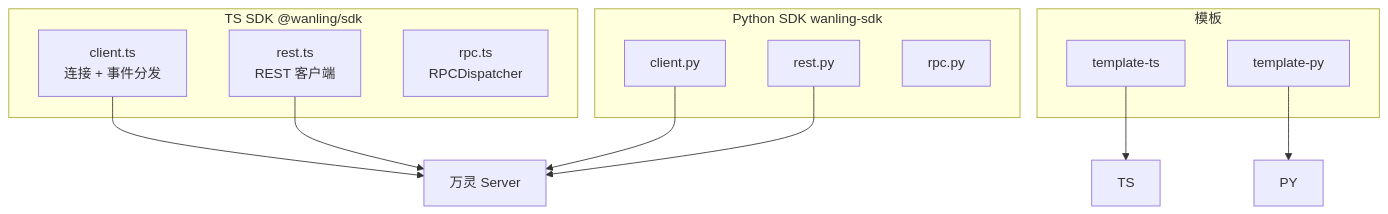
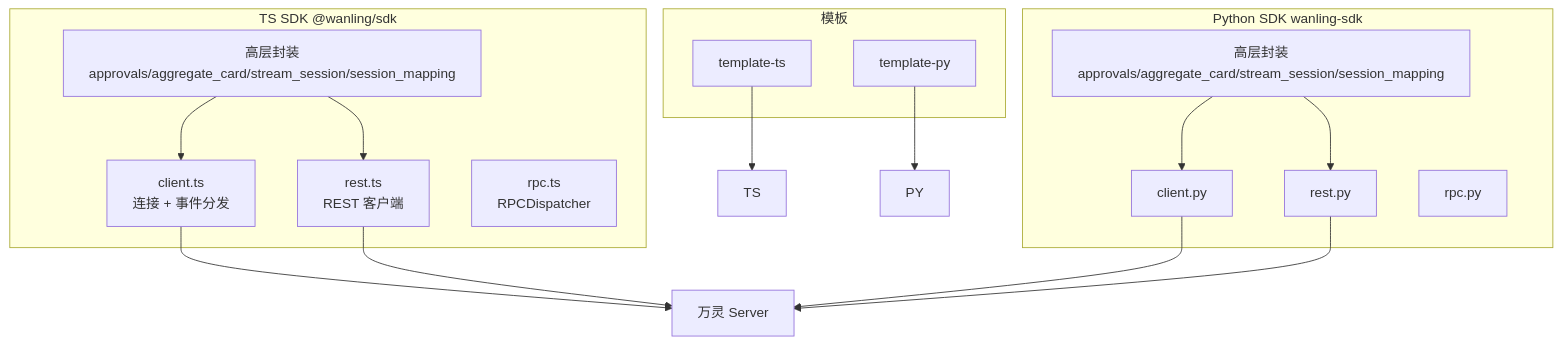
The diagram in docs/architecture/sdk.md (luoyu318/wanling), drawn with Mermaid before and after one commit. The commit also changed other lines of this file and 11 other files, not shown here.

````diff
--- a/docs/architecture/sdk.md
+++ b/docs/architecture/sdk.md
@@ -7,25 +7,31 @@
 ```mermaid
 flowchart TB
     subgraph ts[TS SDK @wanling/sdk]
         TCLIENT[client.ts<br/>连接 + 事件分发]
         TREST[rest.ts<br/>REST 客户端]
         TRPC[rpc.ts<br/>RPCDispatcher]
+        THIGH[高层封装<br/>approvals/aggregate_card/stream_session/session_mapping]
     end
     subgraph py[Python SDK wanling-sdk]
         PCLIENT[client.py]
         PREST[rest.py]
         PRPC[rpc.py]
+        PHIGH[高层封装<br/>approvals/aggregate_card/stream_session/session_mapping]
     end
     subgraph tmpl[模板]
         TPLT[template-ts]
         TPLP[template-py]
     end
     SERVER[万灵 Server]
 
+    THIGH --> TCLIENT
+    THIGH --> TREST
+    PHIGH --> PCLIENT
+    PHIGH --> PREST
     TCLIENT --> SERVER
     TREST --> SERVER
     PCLIENT --> SERVER
     PREST --> SERVER
     TPLT --> TS
     TPLP --> PY
 ```
````
